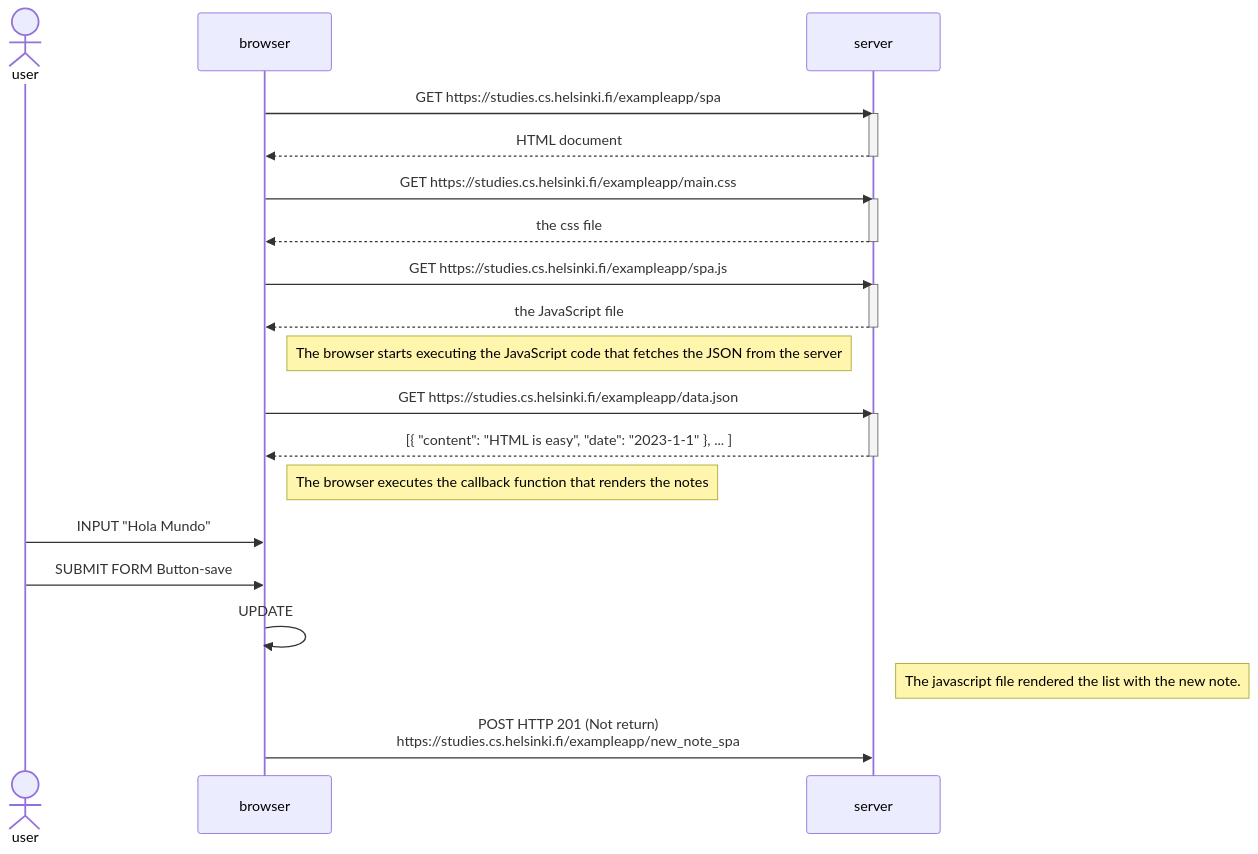
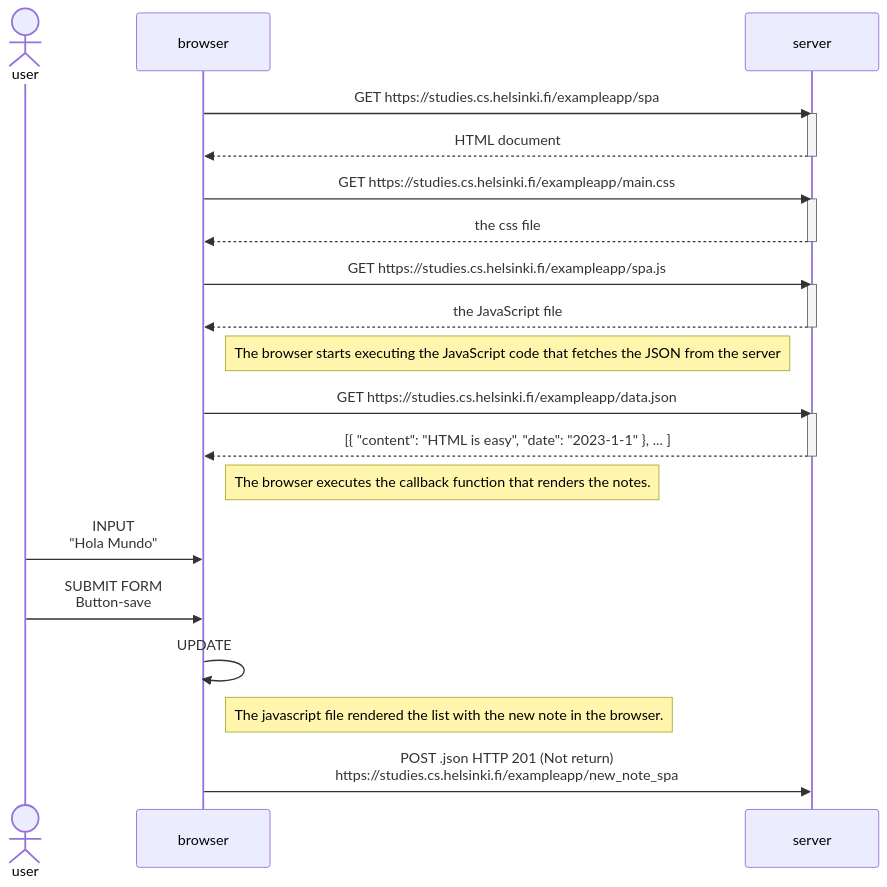
Before and after one commit to Orfoxcode/fullstackopen: the diagram in Parte 0/0.5: Diagrama de aplicación de una sola página.md, drawn with Mermaid.

Commit message:
Update 0.5: Diagrama de aplicación de una sola página.md

````diff
--- a/Parte 0/0.5: Diagrama de aplicación de una sola página.md
+++ b/Parte 0/0.5: Diagrama de aplicación de una sola página.md
@@ -3,42 +3,41 @@
 ```mermaid
 
  sequenceDiagram
 
   actor  user
   participant browser
   participant server
   
   
   browser->>server: GET https://studies.cs.helsinki.fi/exampleapp/spa
   activate server
   server-->>browser: HTML document
   deactivate server
   
   browser->>server: GET https://studies.cs.helsinki.fi/exampleapp/main.css
   activate server
   server-->>browser: the css file
   deactivate server
   
   browser->>server: GET https://studies.cs.helsinki.fi/exampleapp/spa.js
   activate server
   server-->>browser: the JavaScript file
   deactivate server
   
   Note right of browser: The browser starts executing the JavaScript code that fetches the JSON from the server
   
   browser->>server: GET https://studies.cs.helsinki.fi/exampleapp/data.json
   activate server
   server-->>browser: [{ "content": "HTML is easy", "date": "2023-1-1" }, ... ]
   deactivate server
-  
-  Note right of browser: The browser executes the callback function that renders the notes
 
-  user->>browser: INPUT "Hola Mundo"
-  user->>browser: SUBMIT FORM Button-save
+  Note right of browser: The browser executes the callback function that renders the notes.
+
+  user->>browser: INPUT <br/>"Hola Mundo"
+  user->>browser: SUBMIT FORM <br/> Button-save
   browser ->> browser: UPDATE
+  Note right of browser: The javascript file rendered the list with the new note in the browser.
 
-  Note right of server: The javascript file rendered the list with the new note.
-
-  browser->>server: POST HTTP 201 (Not return) <br/> https://studies.cs.helsinki.fi/exampleapp/new_note_spa
+  browser->>server: POST .json HTTP 201 (Not return) <br/> https://studies.cs.helsinki.fi/exampleapp/new_note_spa
   
 ```
````
